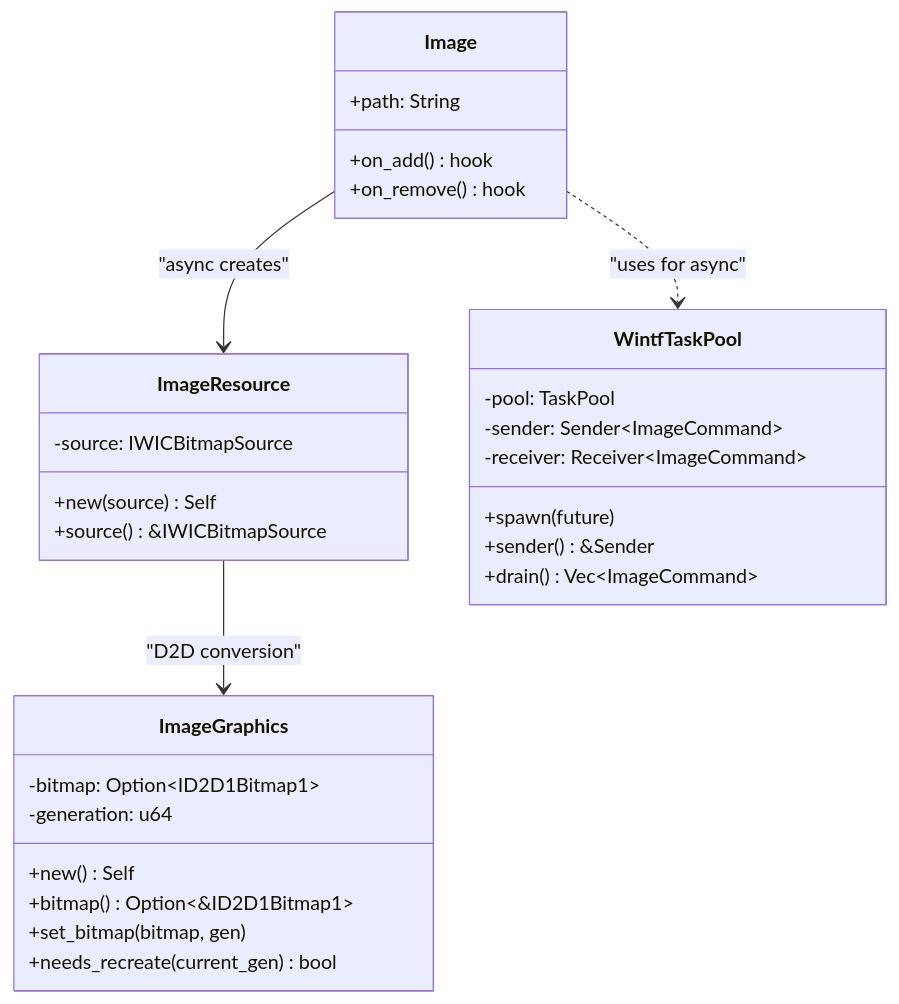
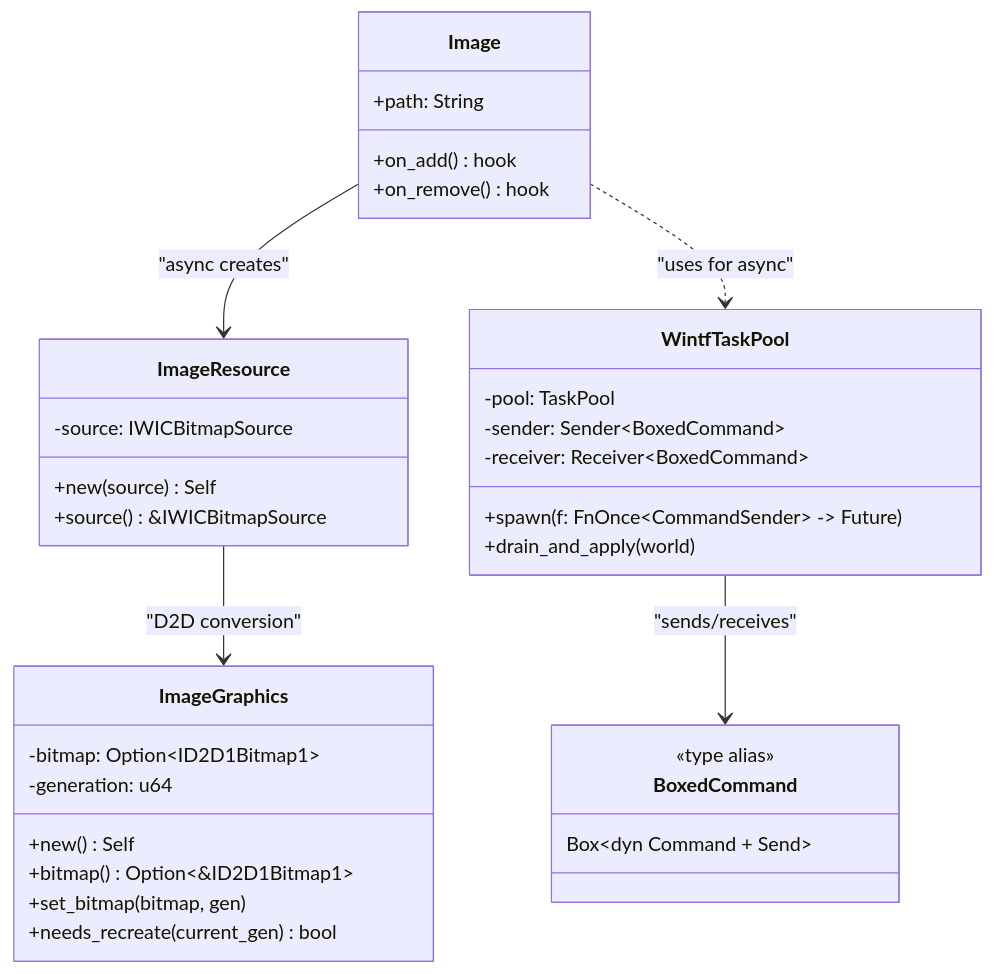
One commit to ekicyou/dcomp_sample-rs changed the second of 6 diagrams in .kiro/specs/wintf-P0-image-widget/design.md. Above: the diagram before and after it, drawn with Mermaid. The commit also changed other lines of this file and 1 other file, not shown here.

First line of the commit message:
docs(spec): WintfTaskPool を BoxedCommand 汎用化

````diff
--- a/.kiro/specs/wintf-P0-image-widget/design.md
+++ b/.kiro/specs/wintf-P0-image-widget/design.md
@@ -57,36 +57,41 @@
 ```mermaid
 classDiagram
     class Image {
         +path: String
         +on_add() hook
         +on_remove() hook
     }
     
     class ImageResource {
         -source: IWICBitmapSource
         +new(source) Self
         +source() &IWICBitmapSource
     }
     
     class ImageGraphics {
         -bitmap: Option~ID2D1Bitmap1~
         -generation: u64
         +new() Self
         +bitmap() Option~&ID2D1Bitmap1~
         +set_bitmap(bitmap, gen)
         +needs_recreate(current_gen) bool
     }
     
     class WintfTaskPool {
         -pool: TaskPool
-        -sender: Sender~ImageCommand~
-        -receiver: Receiver~ImageCommand~
-        +spawn(future)
-        +sender() &Sender
-        +drain() Vec~ImageCommand~
+        -sender: Sender~BoxedCommand~
+        -receiver: Receiver~BoxedCommand~
+        +spawn(f: FnOnce~CommandSender~ -> Future)
+        +drain_and_apply(world)
+    }
+    
+    class BoxedCommand {
+        <<type alias>>
+        Box~dyn Command + Send~
     }
     
     Image --> ImageResource : "async creates"
     ImageResource --> ImageGraphics : "D2D conversion"
     Image ..> WintfTaskPool : "uses for async"
+    WintfTaskPool --> BoxedCommand : "sends/receives"
 ```
````
